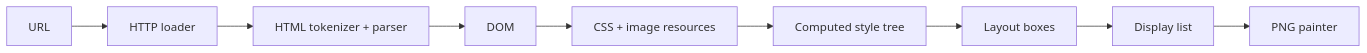
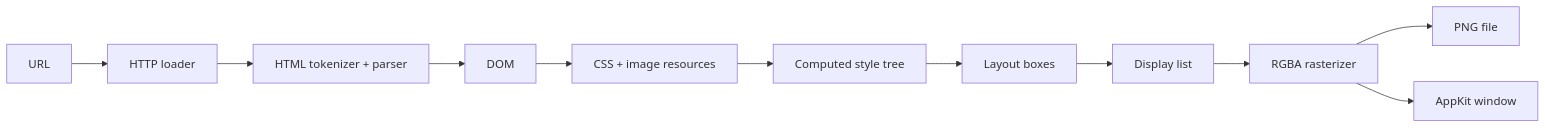
The diagram in README.md (JediWattson/gossamer), drawn with Mermaid before and after one commit. The commit also changed other lines of this file and 19 other files, not shown here.

````diff
--- a/README.md
+++ b/README.md
@@ -60,11 +76,13 @@
 ```mermaid
 flowchart LR
     URL["URL"] --> Loader["HTTP loader"]
     Loader --> HTML["HTML tokenizer + parser"]
     HTML --> DOM["DOM"]
     DOM --> Resources["CSS + image resources"]
     Resources --> Style["Computed style tree"]
     Style --> Layout["Layout boxes"]
     Layout --> Display["Display list"]
-    Display --> PNG["PNG painter"]
+    Display --> Raster["RGBA rasterizer"]
+    Raster --> PNG["PNG file"]
+    Raster --> Window["AppKit window"]
 ```
````
